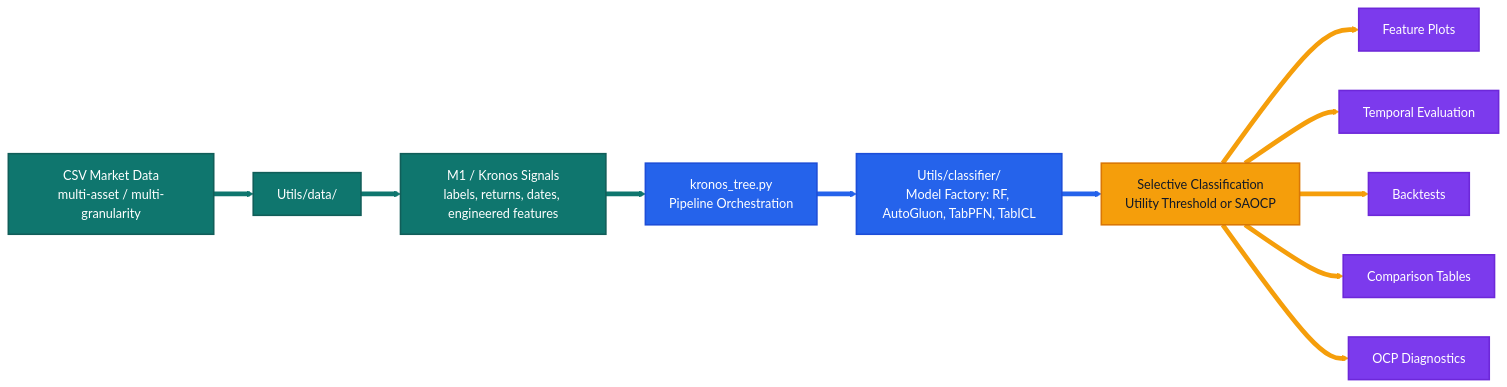
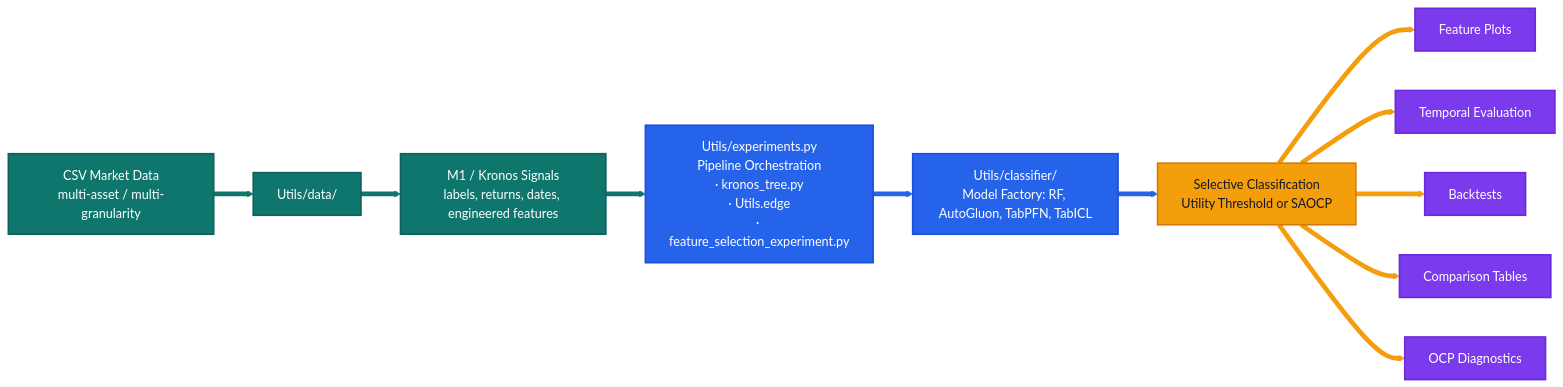
One commit to Pablo-Molla-Charlez/SecondaryModel changed the first of 4 diagrams in README.md. Above: the diagram before and after it, drawn with Mermaid. The commit also changed other lines of this file and 10 other files, not shown here.

````diff
--- a/README.md
+++ b/README.md
@@ -36,25 +36,25 @@
 ```mermaid
 %%{init: {'theme': 'base', 'themeVariables': { 'primaryColor': '#0f766e', 'primaryBorderColor': '#115e59', 'primaryTextColor': '#ffffff', 'secondaryColor': '#f59e0b', 'tertiaryColor': '#dbeafe', 'lineColor': '#0f172a', 'background': '#ffffff'}}}%%
 flowchart LR
     A[CSV Market Data<br/>multi-asset / multi-granularity] --> B[Utils/data/]
     B --> C[M1 / Kronos Signals<br/>labels, returns, dates, engineered features]
-    C --> D[kronos_tree.py<br/>Pipeline Orchestration]
+    C --> D[Utils/experiments.py<br/>Pipeline Orchestration<br/>· kronos_tree.py<br/>· Utils.edge<br/>· feature_selection_experiment.py]
     D --> K[Utils/classifier/<br/>Model Factory: RF, AutoGluon, TabPFN, TabICL]
     K --> E[Selective Classification<br/>Utility Threshold or SAOCP]
     E --> F[Feature Plots]
     E --> G[Temporal Evaluation]
     E --> H[Backtests]
     E --> I[Comparison Tables]
     E --> J[OCP Diagnostics]
     classDef input fill:#0f766e,stroke:#115e59,color:#ffffff,stroke-width:2px;
     classDef model fill:#2563eb,stroke:#1d4ed8,color:#ffffff,stroke-width:2px;
     classDef select fill:#f59e0b,stroke:#d97706,color:#111827,stroke-width:2px;
     classDef report fill:#7c3aed,stroke:#6d28d9,color:#ffffff,stroke-width:2px;
     class A,B,C input;
     class D,K model;
     class E select;
     class F,G,H,I,J report;
     linkStyle 0,1,2 stroke:#0f766e,stroke-width:6px;
     linkStyle 3,4 stroke:#2563eb,stroke-width:6px;
     linkStyle 5,6,7,8,9 stroke:#f59e0b,stroke-width:6px;
 ```
````
